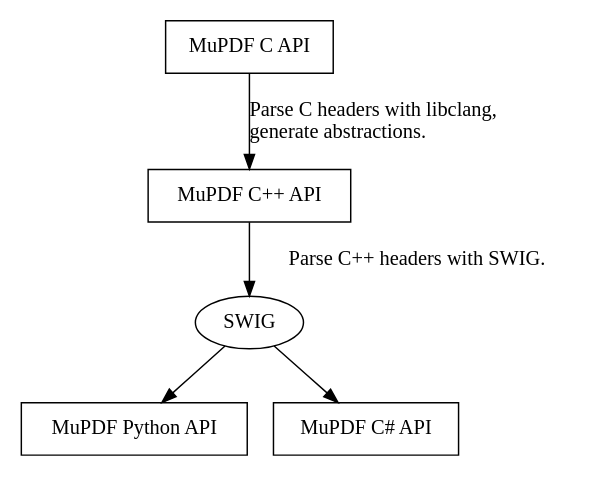
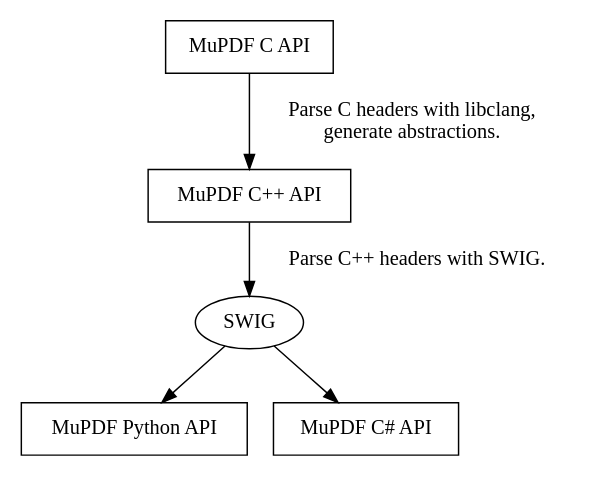
One commit to aoki-works/sumatrapdf changed the diagram in mupdf/docs/src/language-bindings.rst. Above: the diagram before and after it, drawn with Graphviz. The commit also changed other lines of this file and 356 other files, not shown here.

```diff
--- a/mupdf/docs/src/language-bindings.rst
+++ b/mupdf/docs/src/language-bindings.rst
@@ -44,19 +33,19 @@
 .. graphviz::
 
     digraph
     {
       size="4,4";
       labeljust=l;
 
       "MuPDF C API" [shape="rectangle"]
       "MuPDF C++ API" [shape="rectangle"]
       "SWIG" [shape="oval"]
       "MuPDF Python API" [shape="rectangle"]
       "MuPDF C# API" [shape="rectangle"]
 
-      "MuPDF C API" -> "MuPDF C++ API" [label=" Parse C headers with libclang,\l generate abstractions.\l"]
+      "MuPDF C API" -> "MuPDF C++ API" [label=" Parse C headers with libclang,\n generate abstractions." labeljust=l]
 
       "MuPDF C++ API" -> "SWIG" [label=" Parse C++ headers with SWIG."]
       "SWIG" -> "MuPDF Python API"
       "SWIG" -> "MuPDF C# API"
     }
```
